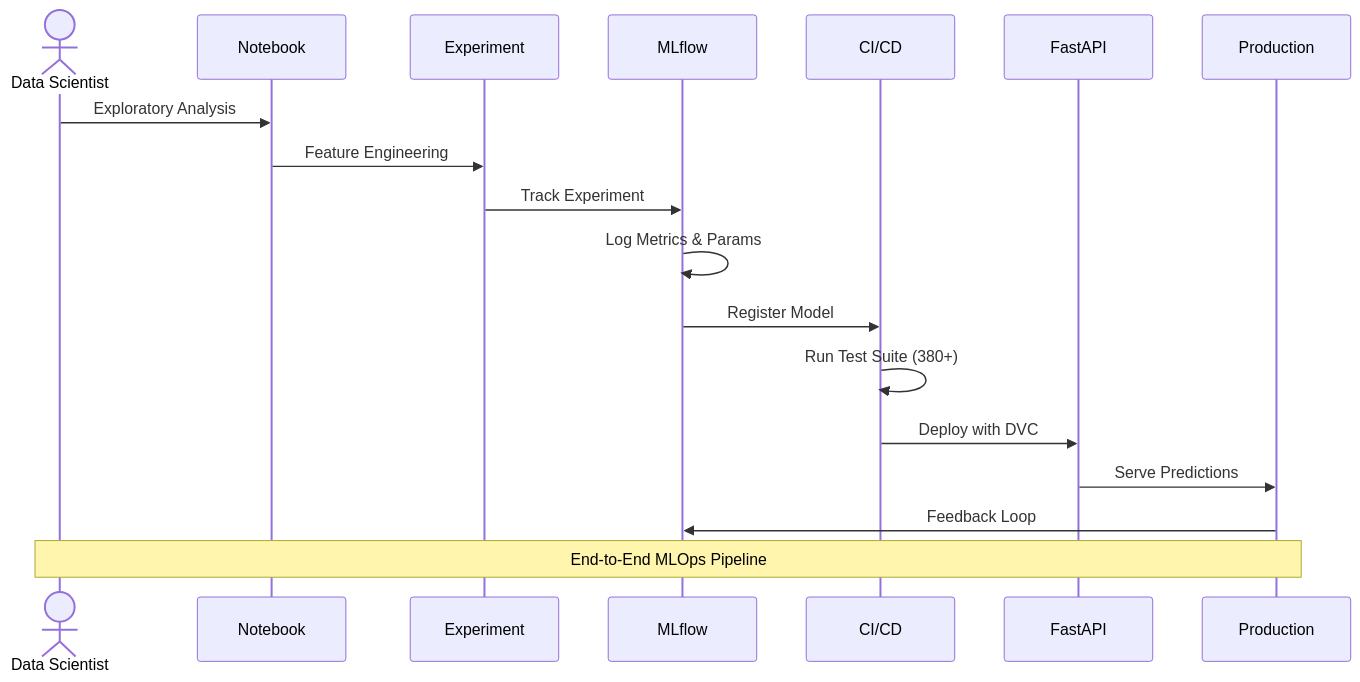
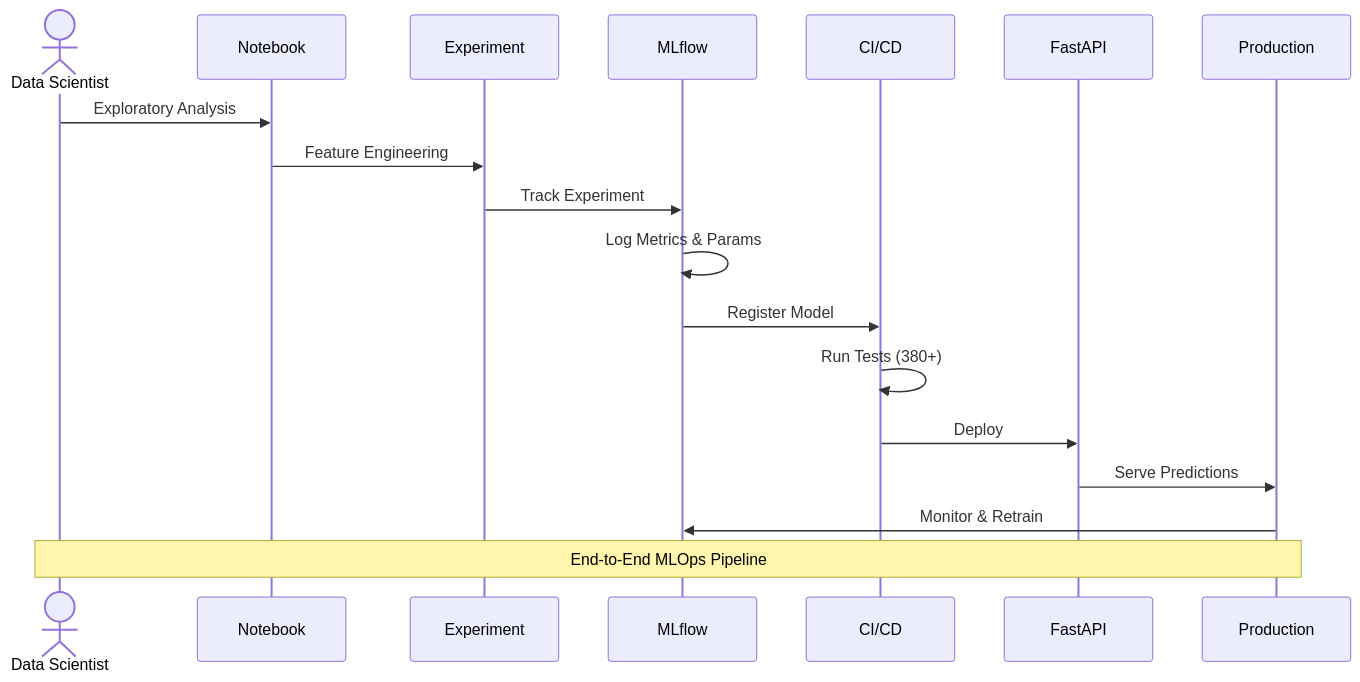
The third of 3 diagrams in README.md (twomathematicians-code/twomathematicians-code), drawn with Mermaid before and after one commit. The commit also changed other lines of this file and 1 other file, not shown here.

Commit message:
Remove Career Path and Roadmap sections

````diff
--- a/README.md
+++ b/README.md
@@ -225,21 +170,21 @@
 ```mermaid
 sequenceDiagram
     actor DS as Data Scientist
     participant NB as Notebook
     participant EXP as Experiment
     participant MLF as MLflow
     participant CD as CI/CD
     participant API as FastAPI
     participant PROD as Production
 
     DS->>NB: Exploratory Analysis
     NB->>EXP: Feature Engineering
     EXP->>MLF: Track Experiment
     MLF->>MLF: Log Metrics & Params
     MLF->>CD: Register Model
-    CD->>CD: Run Test Suite (380+)
-    CD->>API: Deploy with DVC
+    CD->>CD: Run Tests (380+)
+    CD->>API: Deploy
     API->>PROD: Serve Predictions
-    PROD->>MLF: Feedback Loop
+    PROD->>MLF: Monitor & Retrain
     Note over DS,PROD: End-to-End MLOps Pipeline
 ```
````
